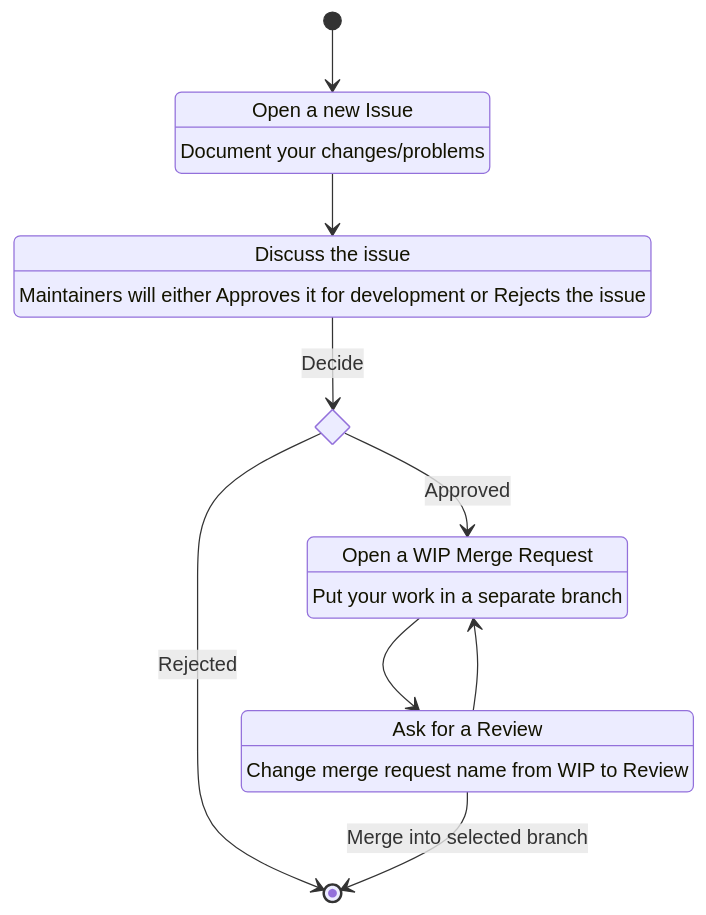
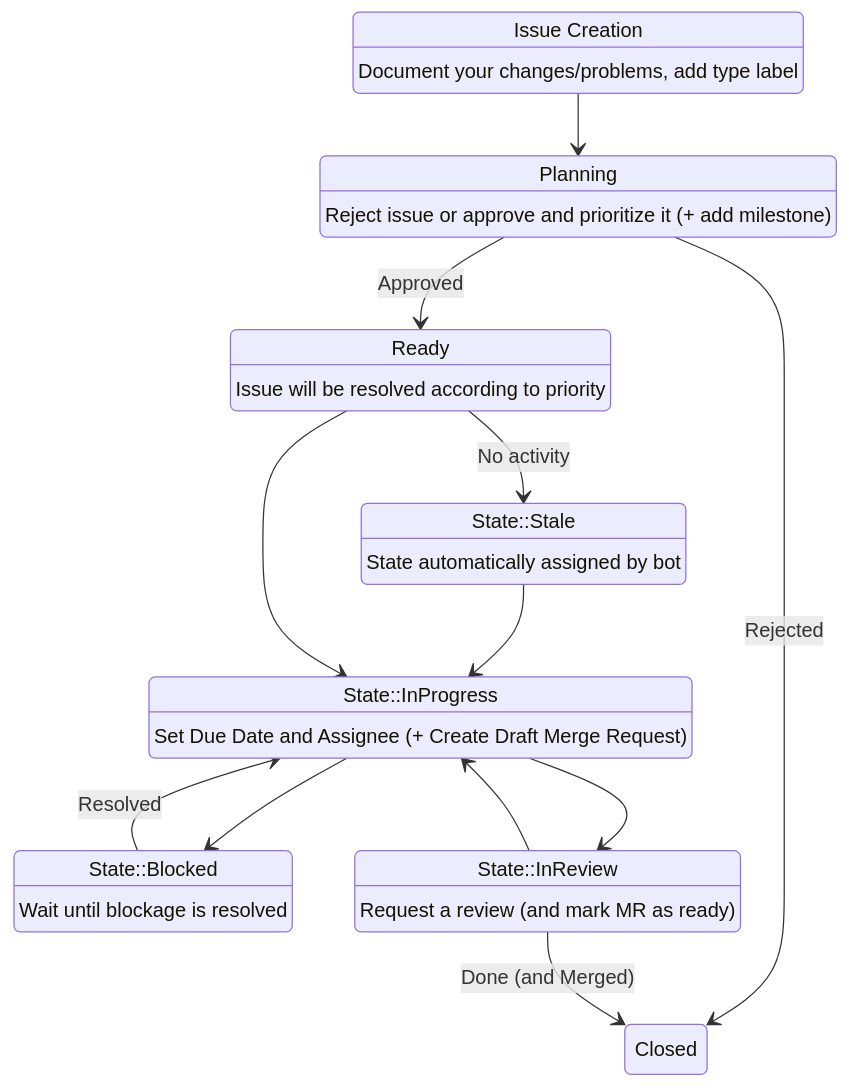
Before and after one commit to Hahn-Schickard/LwM2M-Server: the diagram in CONTRIBUTING.md, drawn with Mermaid. The commit also changed other lines of this file and 6 other files, not shown here.

````diff
--- a/CONTRIBUTING.md
+++ b/CONTRIBUTING.md
@@ -22,25 +24,35 @@
 ```mermaid
-stateDiagram
-state "Open a new Issue" as OpenIssue
-OpenIssue: Document your changes/problems
+stateDiagram-v2
+state "Issue Creation" as OpenIssue
+OpenIssue: Document your changes/problems, add type label
 
-state "Discuss the issue" as DiscussIssue
-DiscussIssue: Maintainers will either Approves it for development or Rejects the issue
+state "Planning" as DiscussIssue
+DiscussIssue: Reject issue or approve and prioritize it (+ add milestone)
 
-state Approve <<choice>>
+state "State::Stale" as Stale
+Stale: State automatically assigned by bot
 
-state "Open a WIP Merge Request" as CreateMergeRequest
-CreateMergeRequest: Put your work in a separate branch
+state "Ready" as IssueReady
+IssueReady: Issue will be resolved according to priority
 
-state "Ask for a Review" as ReviewMergeRequest
-ReviewMergeRequest: Change merge request name from WIP to Review
+state "State::InProgress" as WorkOnIssue
+WorkOnIssue: Set Due Date and Assignee (+ Create Draft Merge Request)
 
-[*] --> OpenIssue
+state "State::Blocked" as Blocked
+Blocked: Wait until blockage is resolved
+
+state "State::InReview" as ReviewMergeRequest
+ReviewMergeRequest: Request a review (and mark MR as ready)
+
 OpenIssue --> DiscussIssue
-DiscussIssue --> Approve: Decide
-Approve --> CreateMergeRequest: Approved
-CreateMergeRequest --> ReviewMergeRequest
-ReviewMergeRequest --> CreateMergeRequest
-Approve --> [*]: Rejected
-ReviewMergeRequest --> [*]: Merge into selected branch
+IssueReady --> Stale: No activity
+DiscussIssue --> IssueReady: Approved
+Stale --> WorkOnIssue
+IssueReady --> WorkOnIssue
+WorkOnIssue --> ReviewMergeRequest
+ReviewMergeRequest --> WorkOnIssue
+WorkOnIssue --> Blocked
+Blocked --> WorkOnIssue: Resolved
+DiscussIssue --> Closed: Rejected
+ReviewMergeRequest --> Closed: Done (and Merged)
 ```
````
